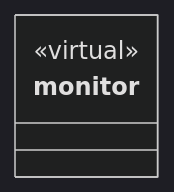
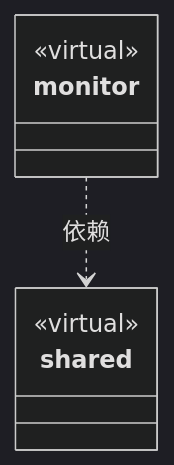
One commit to nan023062/cbim changed the second of 2 diagrams in src/view-new/ARCHITECTURE.md. Above: the diagram before and after it, drawn with Mermaid (dark theme). The commit also changed other lines of this file and 30 other files, not shown here.

````diff
--- a/src/view-new/ARCHITECTURE.md
+++ b/src/view-new/ARCHITECTURE.md
@@ -61,7 +58,12 @@
 ```mermaid
 classDiagram
+class N_a94f7ca21bb9["shared"] {
+  <<virtual>>
+}
+click N_a94f7ca21bb9 href "shared/ARCHITECTURE.md"
 class N_c05d0a357d4a["monitor"] {
   <<virtual>>
 }
 click N_c05d0a357d4a href "monitor/ARCHITECTURE.md"
+N_c05d0a357d4a ..> N_a94f7ca21bb9 : 依赖
 ```
````
